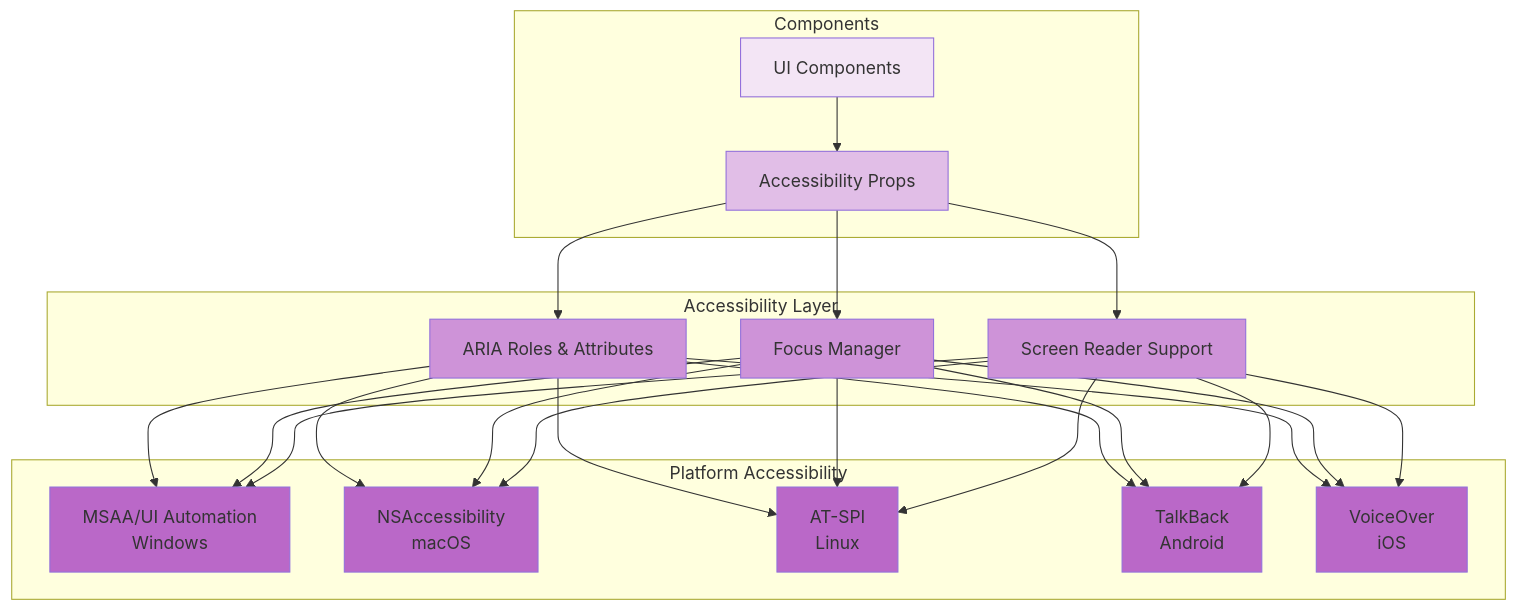
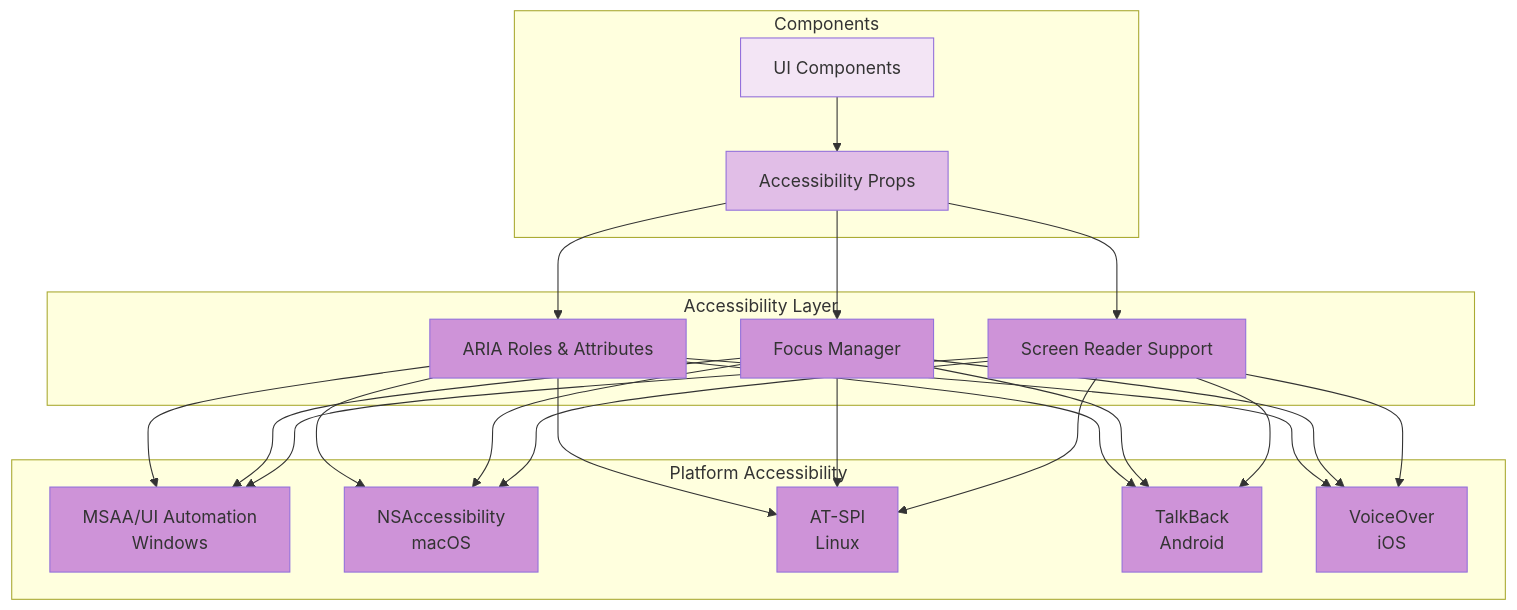
The eighth of 8 diagrams in docs/design/architecture/System_Architecture.md (JEleniel/engage-ux), drawn with Mermaid before and after one commit. The commit also changed other lines of this file and 4 other files, not shown here.

First line of the commit message:
Fix WCAG AAA compliance and improve diagram color consistency

````diff
--- a/docs/design/architecture/System_Architecture.md
+++ b/docs/design/architecture/System_Architecture.md
@@ -367,55 +367,55 @@
 ```mermaid
 graph TB
     subgraph "Components"
         COMP[UI Components]
         A11Y[Accessibility Props]
     end
     
     subgraph "Accessibility Layer"
         ARIA[ARIA Roles & Attributes]
         FOCUS[Focus Manager]
         SR[Screen Reader Support]
     end
     
     subgraph "Platform Accessibility"
         MSAA[MSAA/UI Automation<br/>Windows]
         NSA11Y[NSAccessibility<br/>macOS]
         ATSPI[AT-SPI<br/>Linux]
         TALK[TalkBack<br/>Android]
         VOICE[VoiceOver<br/>iOS]
     end
     
     COMP --> A11Y
     A11Y --> ARIA
     A11Y --> FOCUS
     A11Y --> SR
     
     ARIA --> MSAA
     ARIA --> NSA11Y
     ARIA --> ATSPI
     ARIA --> TALK
     ARIA --> VOICE
     
     FOCUS --> MSAA
     FOCUS --> NSA11Y
     FOCUS --> ATSPI
     FOCUS --> TALK
     FOCUS --> VOICE
     
     SR --> MSAA
     SR --> NSA11Y
     SR --> ATSPI
     SR --> TALK
     SR --> VOICE
     
     style COMP fill:#f3e5f5
     style A11Y fill:#e1bee7
     style ARIA fill:#ce93d8
     style FOCUS fill:#ce93d8
     style SR fill:#ce93d8
-    style MSAA fill:#ba68c8
-    style NSA11Y fill:#ba68c8
-    style ATSPI fill:#ba68c8
-    style TALK fill:#ba68c8
-    style VOICE fill:#ba68c8
+    style MSAA fill:#ce93d8
+    style NSA11Y fill:#ce93d8
+    style ATSPI fill:#ce93d8
+    style TALK fill:#ce93d8
+    style VOICE fill:#ce93d8
 ```
````
